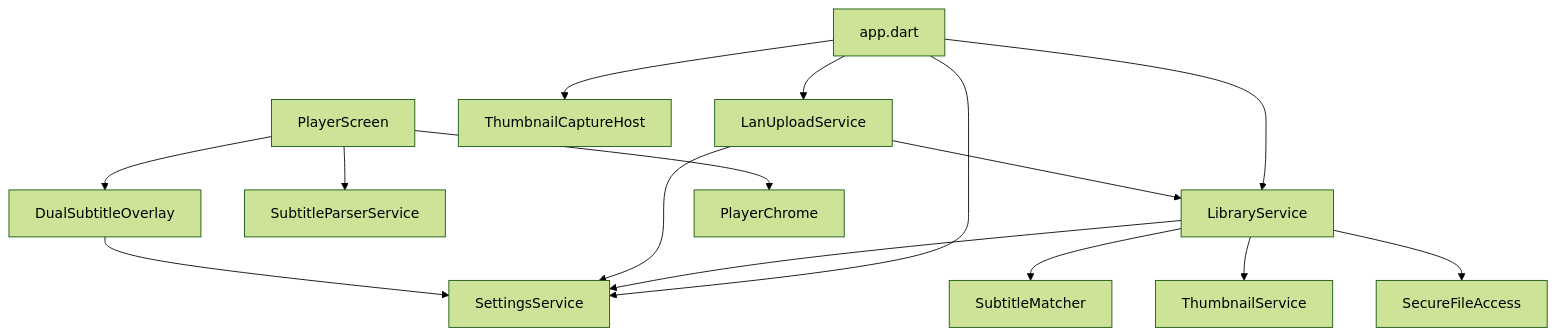
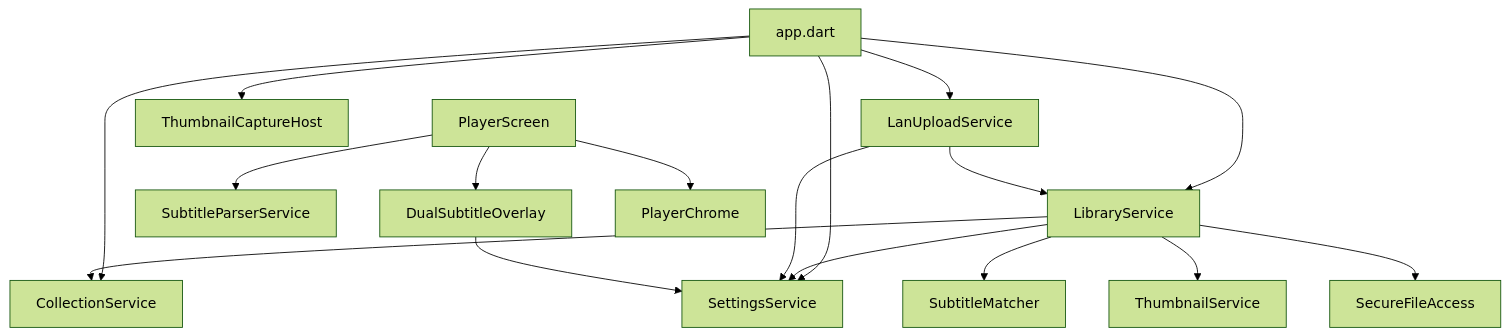
One commit to guguTang/doudou_player changed the diagram in docs/architecture.md. Above: the diagram before and after it, drawn with Mermaid (forest theme). The commit also changed other lines of this file and 14 other files, not shown here.

````diff
--- a/docs/architecture.md
+++ b/docs/architecture.md
@@ -18,20 +19,22 @@
 ```mermaid
 flowchart TB
   app[app.dart] --> settings[SettingsService]
+  app --> collections[CollectionService]
   app --> library[LibraryService]
   app --> lan[LanUploadService]
   app --> thumbHost[ThumbnailCaptureHost]
 
   library --> settings
+  library --> collections
   library --> matcher[SubtitleMatcher]
   library --> thumb[ThumbnailService]
   library --> secure[SecureFileAccess]
 
   lan --> settings
   lan --> library
 
   player[PlayerScreen] --> parser[SubtitleParserService]
   player --> overlay[DualSubtitleOverlay]
   player --> chrome[PlayerChrome]
   overlay --> settings
 ```
````
